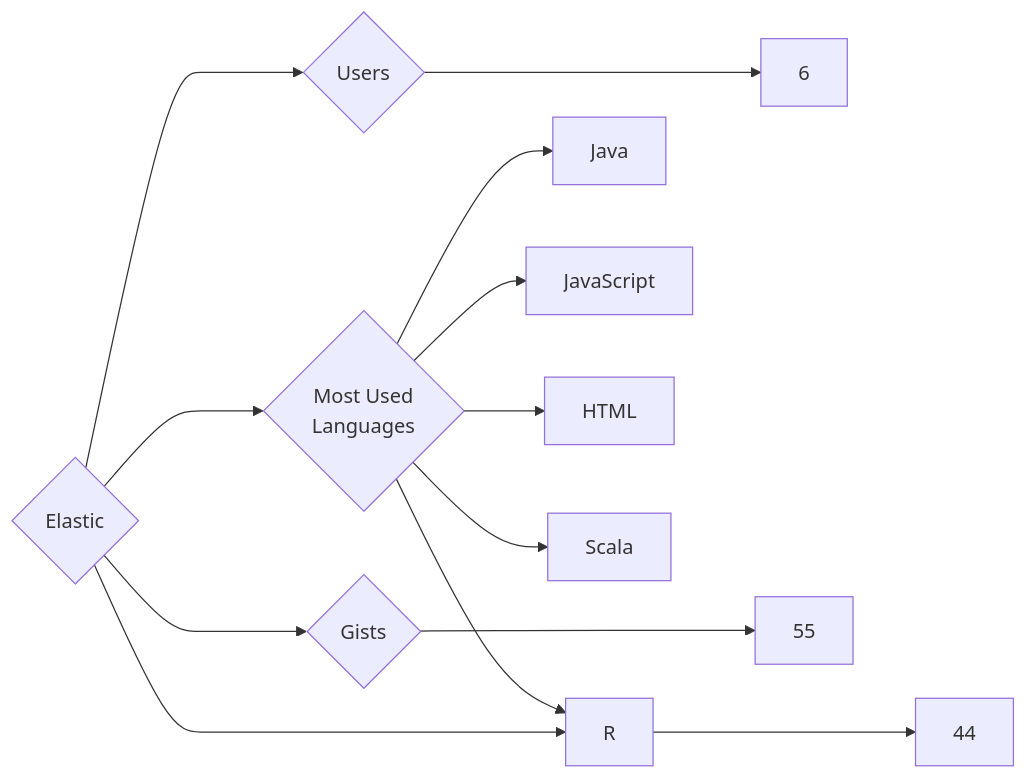
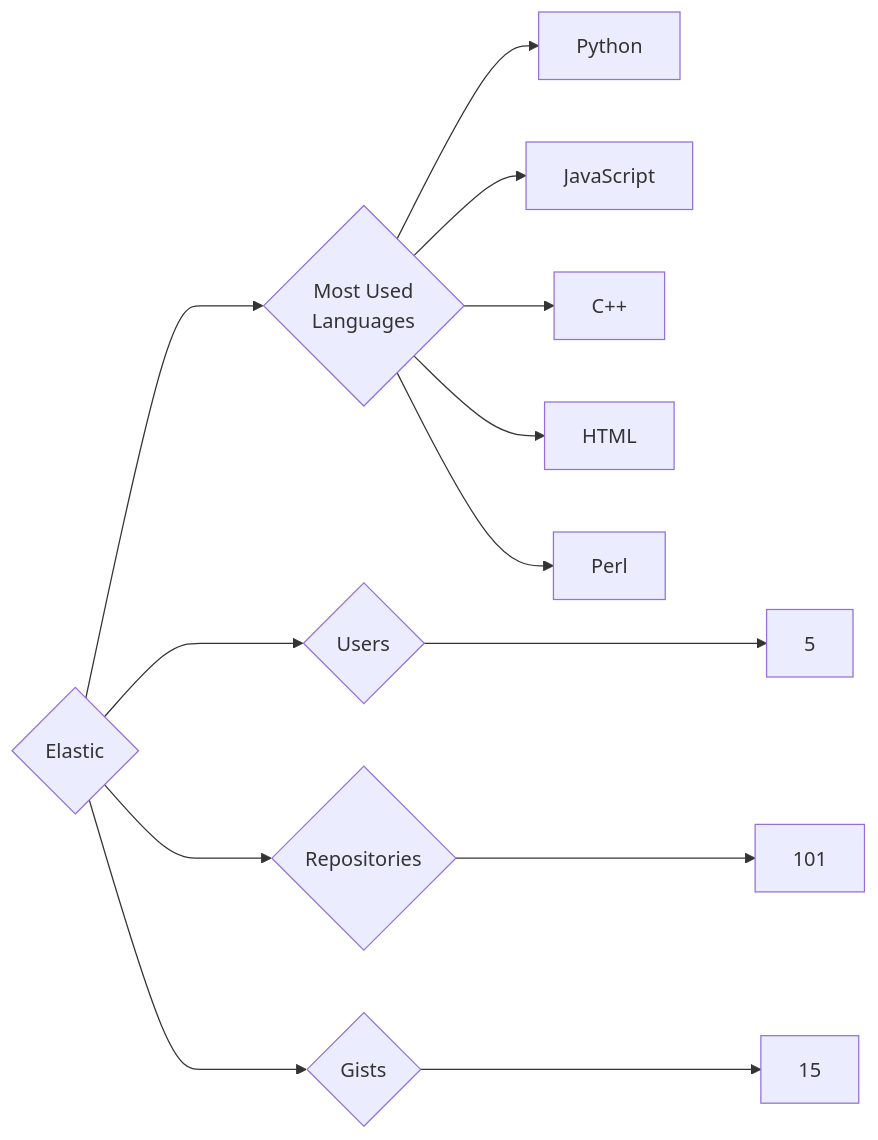
The diagram in targets/Elastic/README.md (trickest/insiders), drawn with Mermaid before and after one commit. The commit also changed 1078 other files, not shown here.

````diff
--- a/targets/Elastic/README.md
+++ b/targets/Elastic/README.md
@@ -3,13 +3,13 @@
 ```mermaid
 graph LR
 COMPANY_NAME{Elastic}
-COMPANY_NAME ---> U{Users} ---> UN[6]
-COMPANY_NAME ---> R{Repositories} ---> RN[44]
-COMPANY_NAME ---> G{Gists} ---> GN[55]
+COMPANY_NAME ---> U{Users} ---> UN[5]
+COMPANY_NAME ---> R{Repositories} ---> RN[101]
+COMPANY_NAME ---> G{Gists} ---> GN[15]
 COMPANY_NAME ---> ML{Most Used<br>Languages}
-ML --> Java[Java]
+ML --> Python[Python]
 ML --> JavaScript[JavaScript]
+ML --> C++[C++]
 ML --> HTML[HTML]
-ML --> Scala[Scala]
-ML --> R[R]
+ML --> Perl[Perl]
 ```
````
